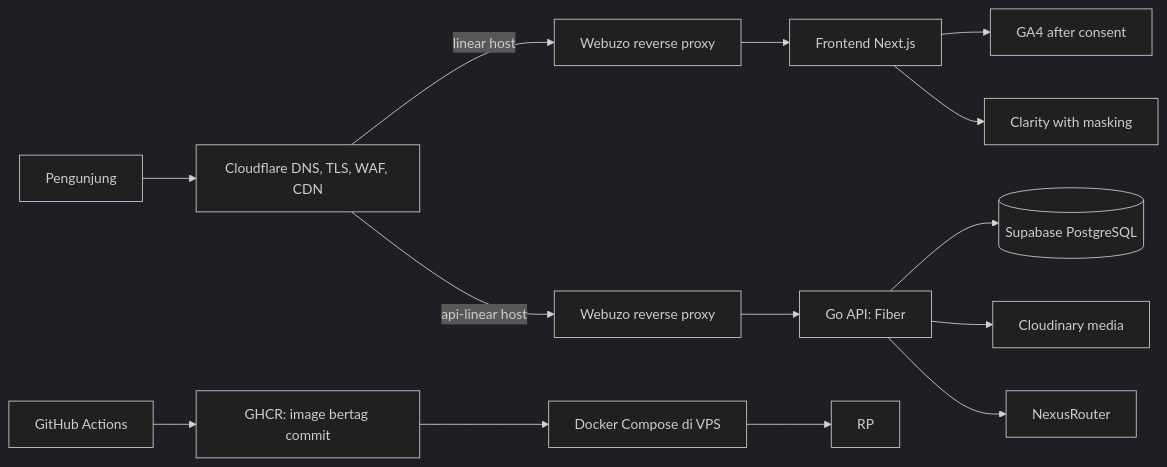
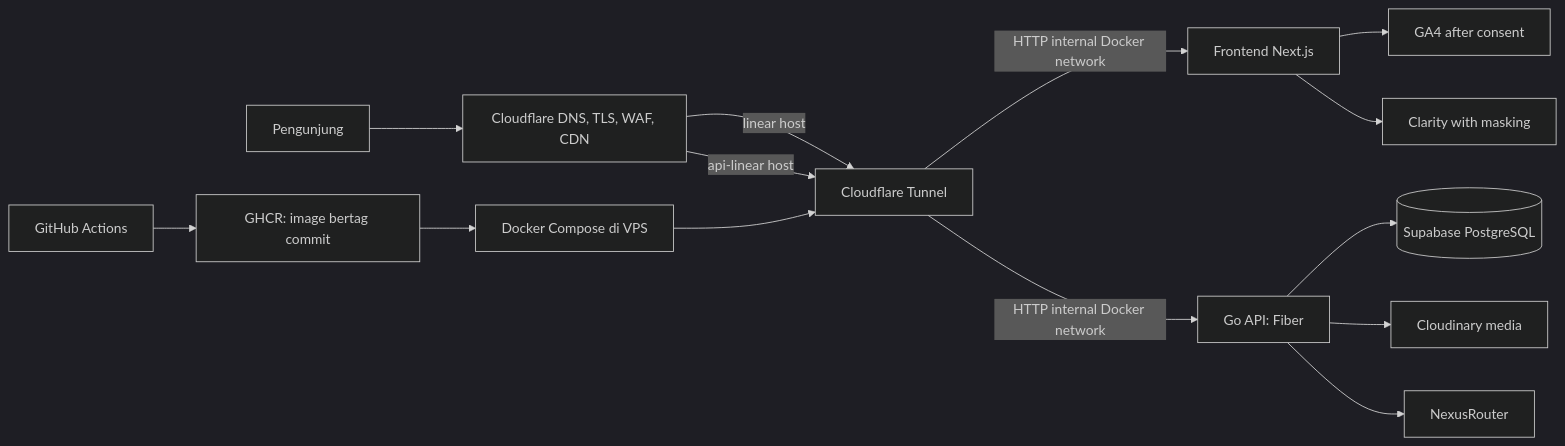
One commit to Haristhropic/Skomda-website changed the diagram in docs/production-architecture-design.md. Above: the diagram before and after it, drawn with Mermaid (dark theme). The commit also changed other lines of this file and 1 other file, not shown here.

````diff
--- a/docs/production-architecture-design.md
+++ b/docs/production-architecture-design.md
@@ -20,16 +22,16 @@
 ```mermaid
 flowchart LR
   V[Pengunjung] --> CF[Cloudflare DNS, TLS, WAF, CDN]
-  CF -->|linear host| RPFE[Webuzo reverse proxy]
-  CF -->|api-linear host| RPAPI[Webuzo reverse proxy]
-  RPFE --> FE[Frontend Next.js]
-  RPAPI --> API[Go API: Fiber]
+  CF -->|linear host| T[Cloudflare Tunnel]
+  CF -->|api-linear host| T
+  T -->|HTTP internal Docker network| FE[Frontend Next.js]
+  T -->|HTTP internal Docker network| API[Go API: Fiber]
   API --> PG[(Supabase PostgreSQL)]
   API --> MED[Cloudinary media]
   API --> AI[NexusRouter]
   FE --> GA[GA4 after consent]
   FE --> UX[Clarity with masking]
   GH[GitHub Actions] --> REG[GHCR: image bertag commit]
   REG --> VPS[Docker Compose di VPS]
-  VPS --> RP
+  VPS --> T
 ```
````
